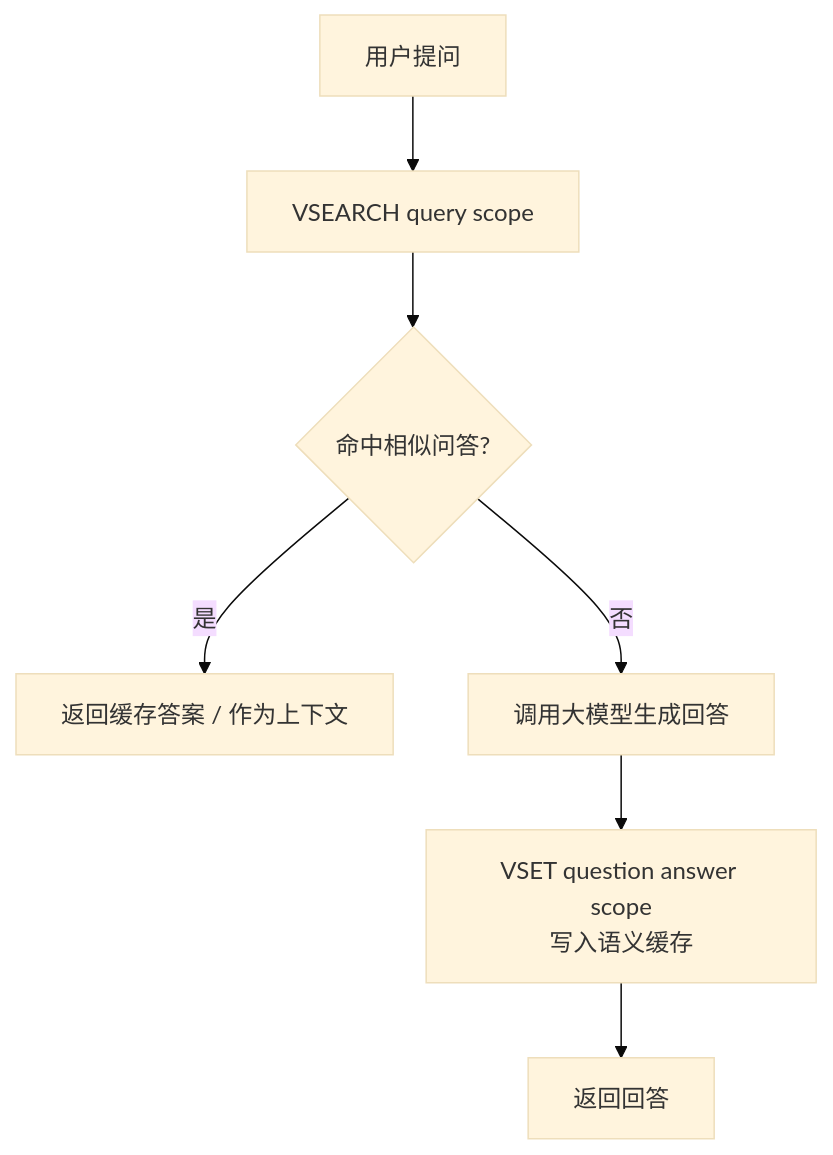
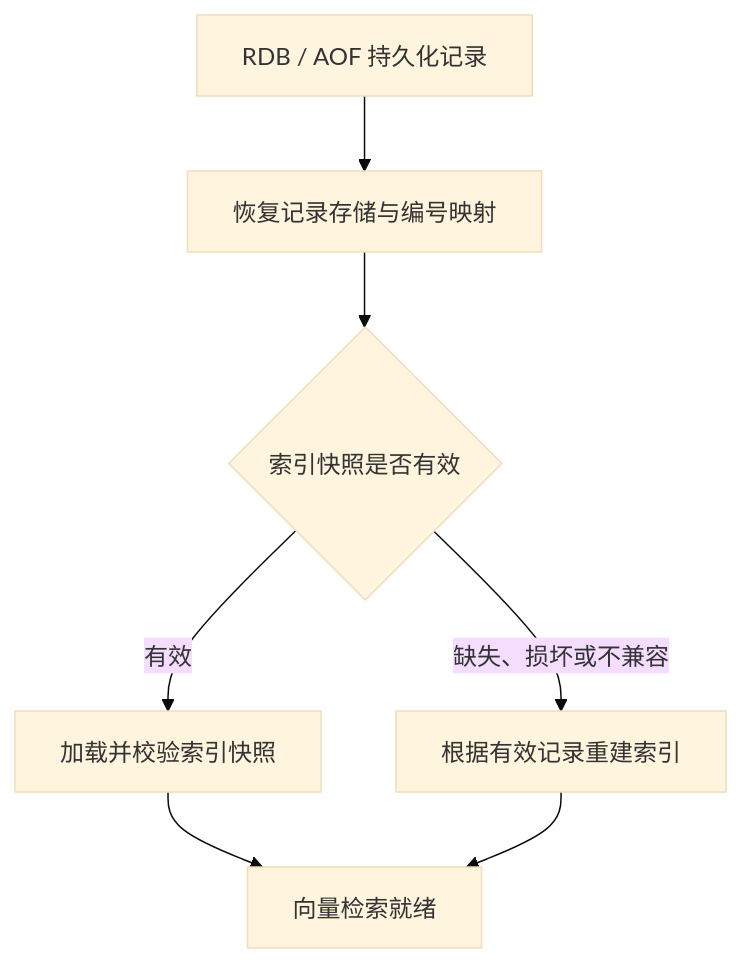
One commit to 208822032/Roven changed the third of 3 diagrams in README.md. Above: the diagram before and after it, drawn with Mermaid (base theme). The commit also changed other lines of this file and 14 other files, not shown here.

````diff
--- a/README.md
+++ b/README.md
@@ -122,9 +245,9 @@
 ```mermaid
 flowchart TD
-    U[用户提问] --> VSEARCH[VSEARCH query scope]
-    VSEARCH --> HIT{命中相似问答?}
-    HIT -->|是| RETURN[返回缓存答案 / 作为上下文]
-    HIT -->|否| LLM[调用大模型生成回答]
-    LLM --> VSET[VSET question answer scope<br/>写入语义缓存]
-    VSET --> RETURN2[返回回答]
+    P[RDB / AOF 持久化记录] --> M[恢复记录存储与编号映射]
+    M --> CHECK{索引快照是否有效}
+    CHECK -->|有效| LOAD[加载并校验索引快照]
+    CHECK -->|缺失、损坏或不兼容| BUILD[根据有效记录重建索引]
+    LOAD --> READY[向量检索就绪]
+    BUILD --> READY
 ```
````
